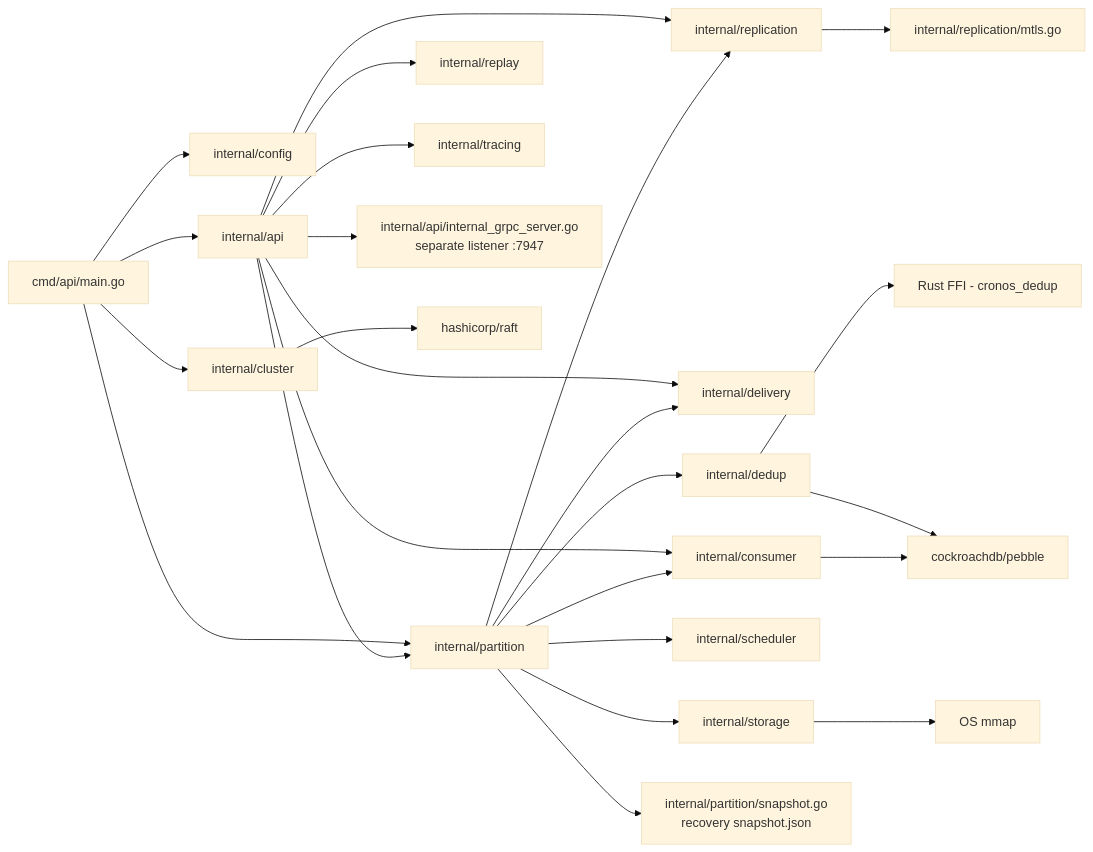
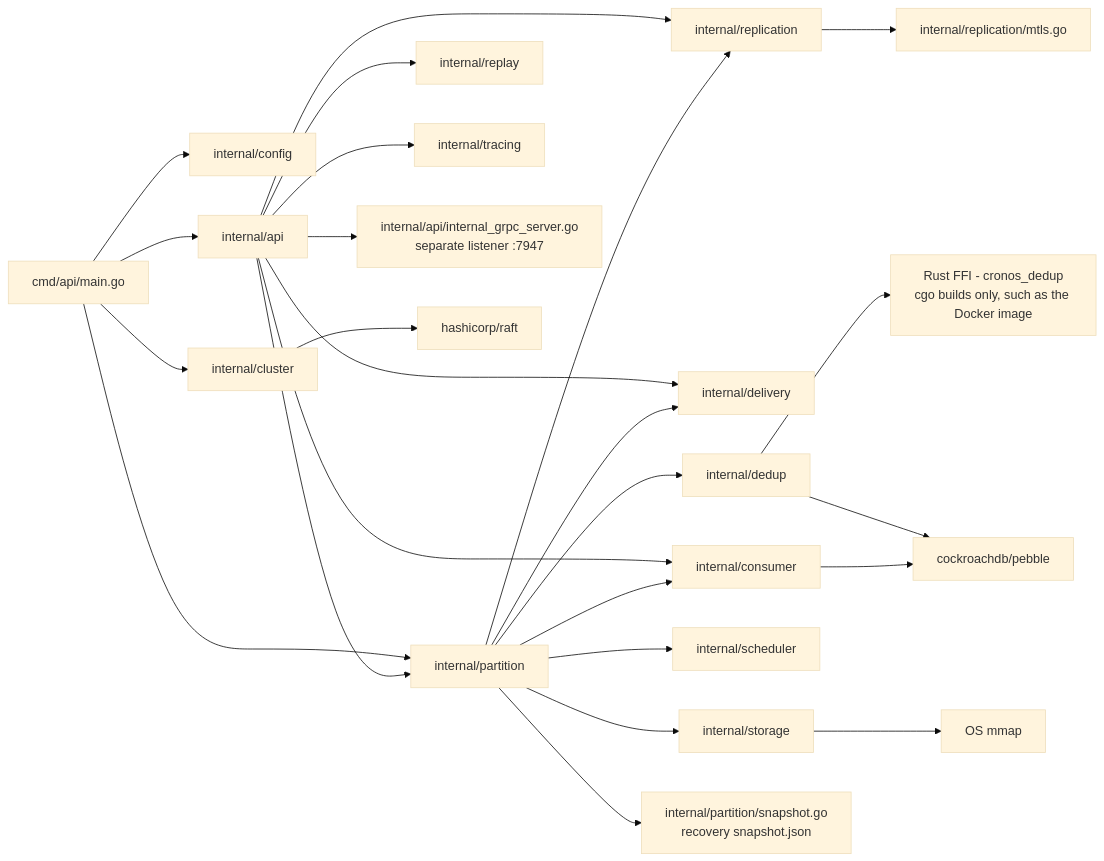
The third of 47 diagrams in ARCHITECTURE.md (jatin711-debug/cronos_db_golang), drawn with Mermaid (base theme) before and after one commit. The commit also changed other lines of this file and 31 other files, not shown here.

````diff
--- a/ARCHITECTURE.md
+++ b/ARCHITECTURE.md
@@ -144,30 +150,30 @@
 ```mermaid
 graph LR
     main[cmd/api/main.go] --> config[internal/config]
     main --> api[internal/api]
     main --> cluster[internal/cluster]
     main --> partition[internal/partition]
 
     api --> partition
     api --> consumer[internal/consumer]
     api --> delivery[internal/delivery]
     api --> replay[internal/replay]
     api --> tracing[internal/tracing]
     api --> replication[internal/replication]
     api --> internal_grpc[internal/api/internal_grpc_server.go<br/>separate listener :7947]
 
     partition --> storage[internal/storage]
     partition --> scheduler[internal/scheduler]
     partition --> dedup[internal/dedup]
     partition --> consumer
     partition --> delivery
     partition --> replication
     partition --> snapshot[internal/partition/snapshot.go<br/>recovery snapshot.json]
 
     replication --> mtls[internal/replication/mtls.go]
     cluster --> raft_pkg[hashicorp/raft]
     dedup --> pebble[cockroachdb/pebble]
-    dedup --> rust[Rust FFI - cronos_dedup]
+    dedup --> rust[Rust FFI - cronos_dedup<br/>cgo builds only, such as the Docker image]
     consumer --> pebble
     storage --> mmap[OS mmap]
 ```
````
